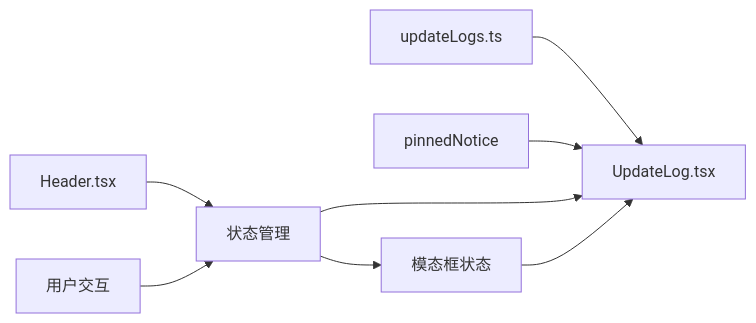
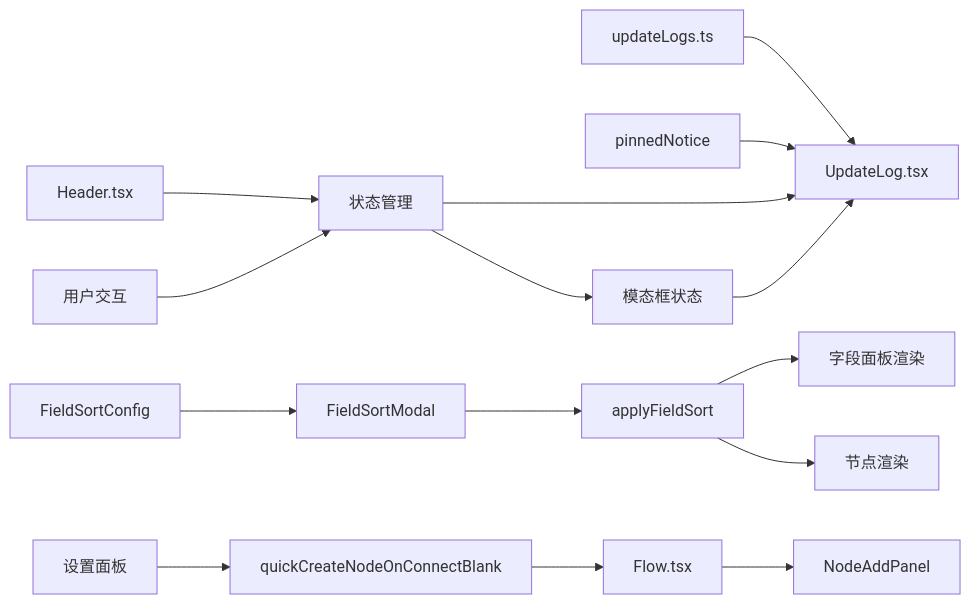
Diagram 17 of 18 in .qoder/repowiki/zh/content/UpdateLogs.ts.md (kqcoxn/MaaPipelineEditor), drawn with Mermaid before and after one commit. The commit also changed other lines of this file and 22 other files, not shown here.

````diff
--- a/.qoder/repowiki/zh/content/UpdateLogs.ts.md
+++ b/.qoder/repowiki/zh/content/UpdateLogs.ts.md
@@ -373,10 +578,17 @@
 ```mermaid
 flowchart LR
 A[updateLogs.ts] --> B[UpdateLog.tsx]
 C[pinnedNotice] --> B
 D[Header.tsx] --> E[状态管理]
 E --> B
 F[用户交互] --> E
 E --> G[模态框状态]
 G --> B
+H[FieldSortConfig] --> I[FieldSortModal]
+I --> J[applyFieldSort]
+J --> K[字段面板渲染]
+J --> L[节点渲染]
+M[quickCreateNodeOnConnectBlank] --> N[Flow.tsx]
+N --> O[NodeAddPanel]
+P[设置面板] --> M
 ```
````
